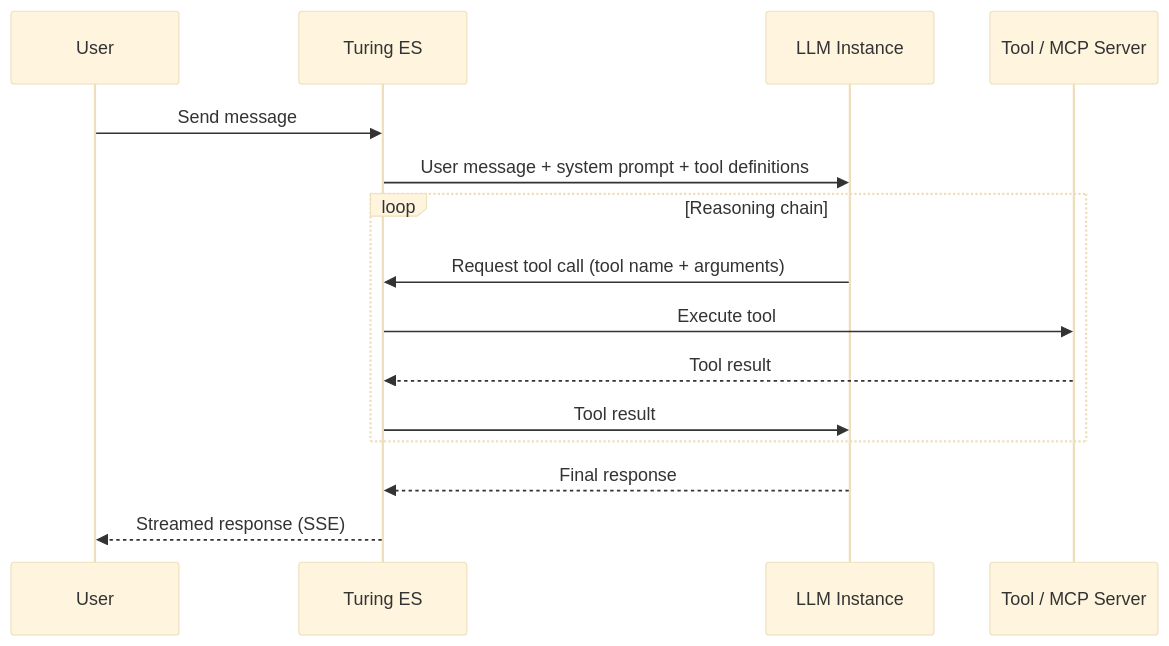
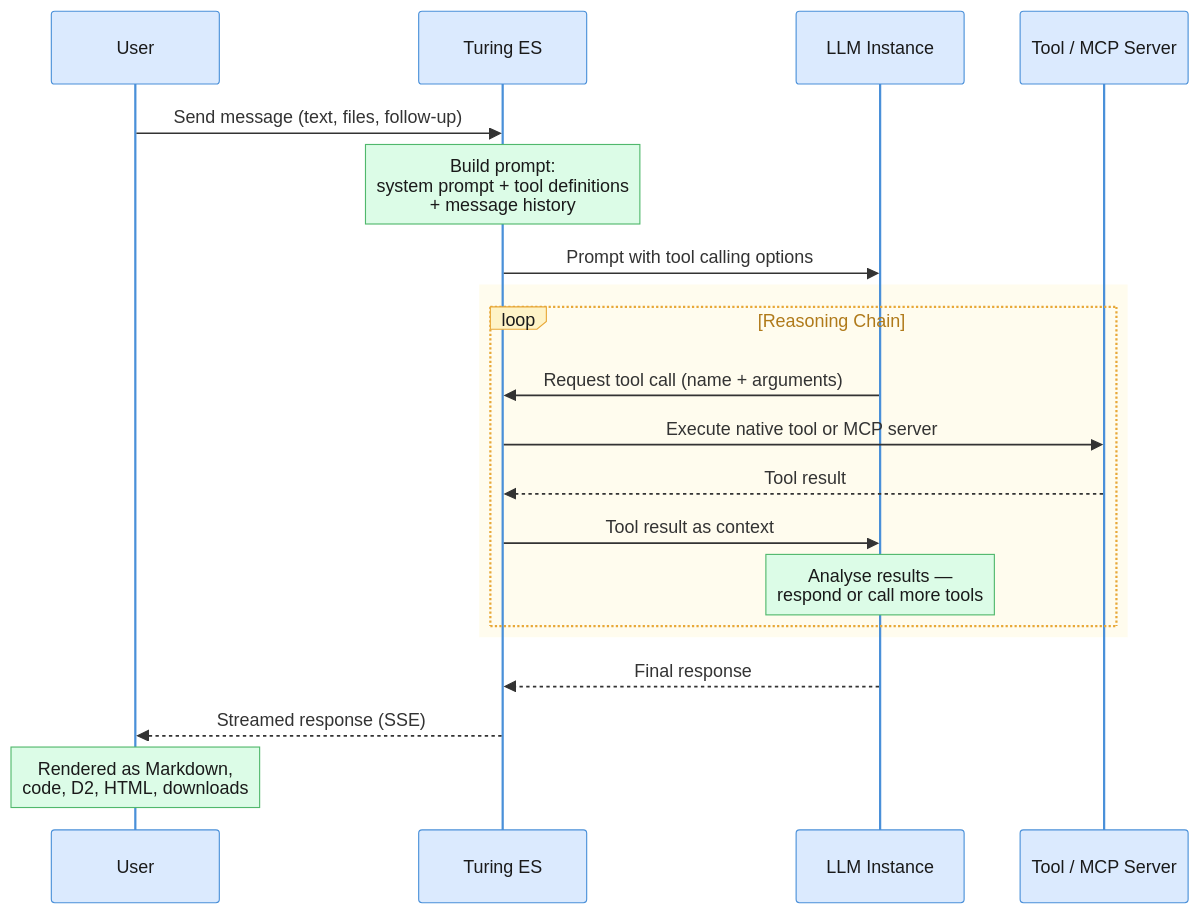
The diagram in diagrams/turing-agent-flow.mmd (openviglet/docs), drawn with Mermaid before and after one commit. The commit also changed 49 other files, not shown here.

First line of the commit message:
Standardize Mermaid diagrams and conventions

```diff
--- a/diagrams/turing-agent-flow.mmd
+++ b/diagrams/turing-agent-flow.mmd
@@ -1,17 +1,28 @@
-%%{init: {'theme': 'base', 'themeVariables': {'fontSize': '14px'}}}%%
+%%{init: {'theme': 'base', 'themeVariables': {'fontSize': '13px', 'actorBkg': '#dbeafe', 'actorBorder': '#4A90D9', 'actorTextColor': '#1a1a1a', 'activationBkgColor': '#ede9fe', 'activationBorderColor': '#9B6EC5', 'signalColor': '#333', 'signalTextColor': '#333', 'labelBoxBkgColor': '#fef3c7', 'labelBoxBorderColor': '#E8A838', 'labelTextColor': '#1a1a1a', 'loopTextColor': '#b07a1a', 'noteBkgColor': '#dcfce7', 'noteBorderColor': '#50B86C', 'noteTextColor': '#1a1a1a'}}}%%
 sequenceDiagram
     participant User
     participant Turing as Turing ES
     participant LLM as LLM Instance
     participant Tool as Tool / MCP Server
 
-    User->>Turing: Send message
-    Turing->>LLM: User message + system prompt + tool definitions
-    loop Reasoning chain
-        LLM->>Turing: Request tool call (tool name + arguments)
-        Turing->>Tool: Execute tool
+    User->>Turing: Send message (text, files, follow-up)
+
+    Note over Turing: Build prompt:<br/>system prompt + tool definitions<br/>+ message history
+
+    Turing->>LLM: Prompt with tool calling options
+
+    rect rgba(254, 243, 199, 0.3)
+    loop Reasoning Chain
+        LLM->>Turing: Request tool call (name + arguments)
+        Turing->>Tool: Execute native tool or MCP server
         Tool-->>Turing: Tool result
-        Turing->>LLM: Tool result
+        Turing->>LLM: Tool result as context
+        Note over LLM: Analyse results —<br/>respond or call more tools
     end
+    end
+
     LLM-->>Turing: Final response
+
     Turing-->>User: Streamed response (SSE)
+
+    Note over User: Rendered as Markdown,<br/>code, D2, HTML, downloads
```
